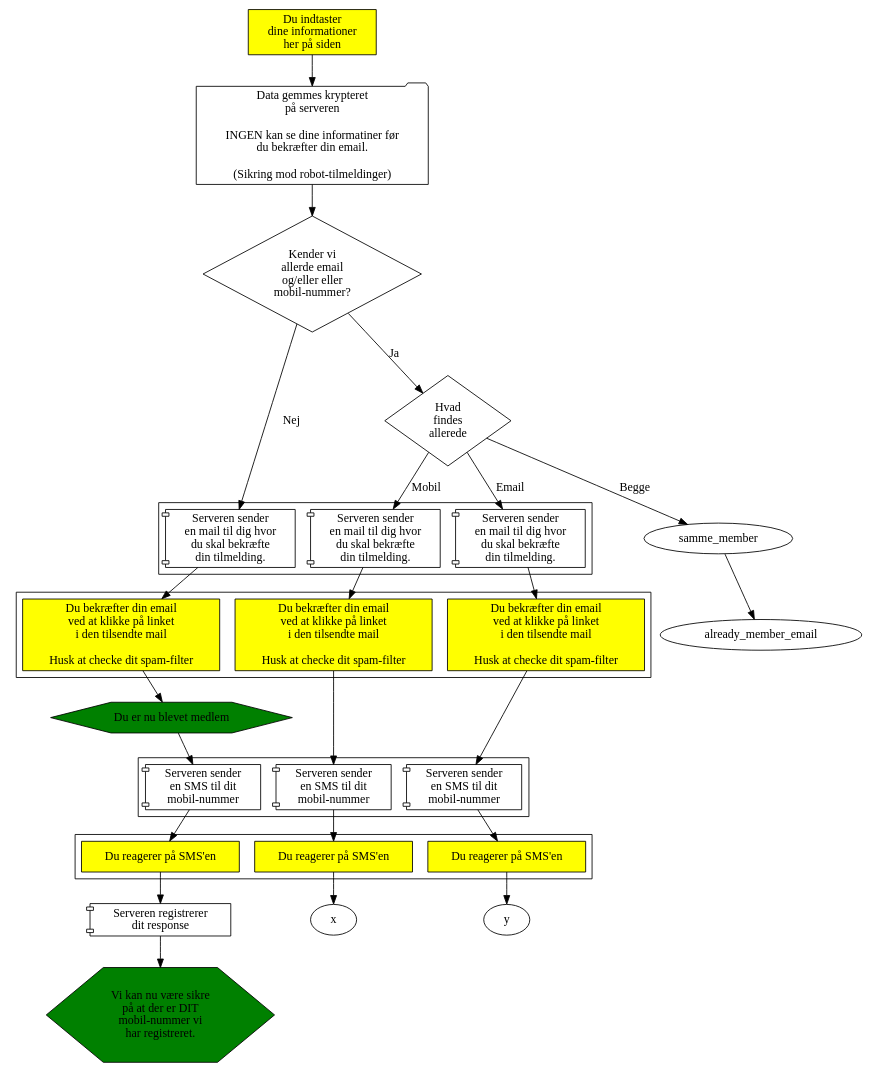
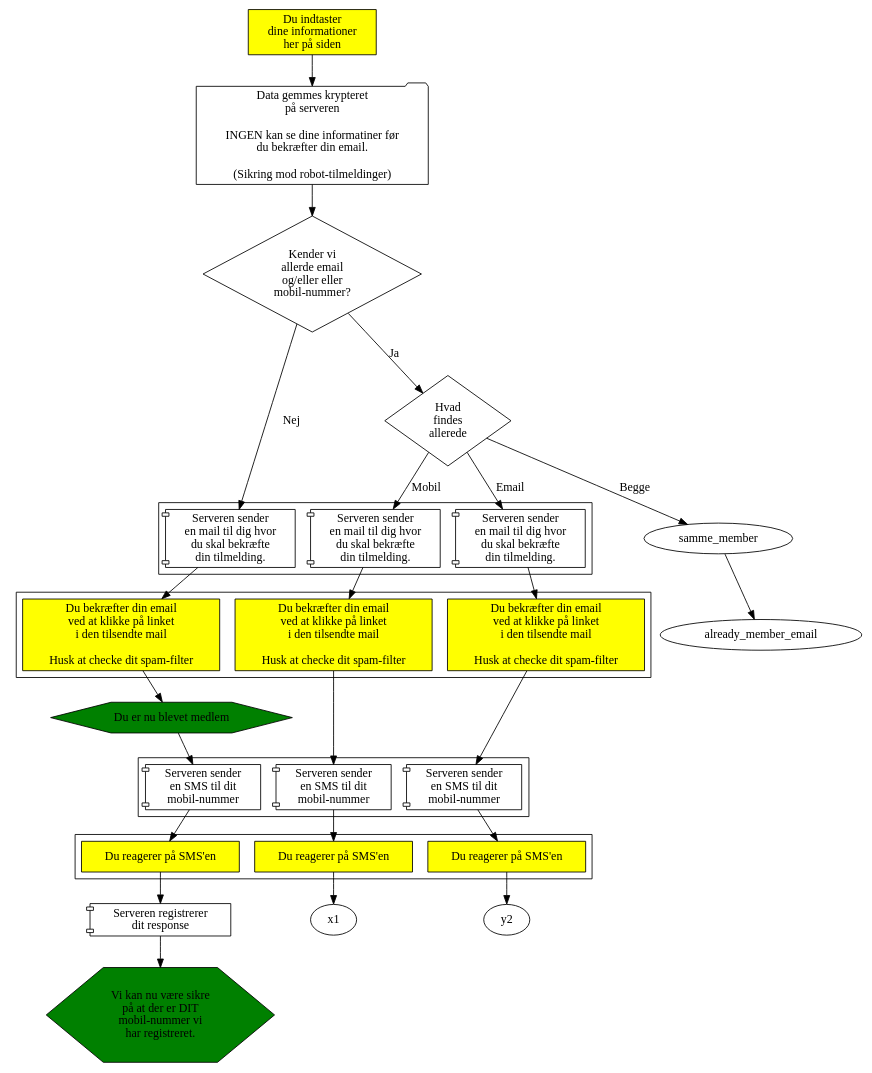
The diagram in medlemskab/indmeldelse.dot (alslug/alslug.dk), drawn with Graphviz before and after one commit.

```diff
--- a/medlemskab/indmeldelse.dot
+++ b/medlemskab/indmeldelse.dot
@@ -1,56 +1,59 @@
 digraph indmeldelse {
   { # Dine handlinger
     node [ shape=box style=filled fillcolor=yellow ];
     indtast                [label="Du indtaster\ndine informationer\nher på siden"];
     subgraph cluster_server_sender_email {
-      node          [label="Du bekræfter din email\nved at klikke på linket\ni den tilsendte mail\n\nHusk at checke dit spam-filter"];
+      node                 [label="Du bekræfter din email\nved at klikke på linket\ni den tilsendte mail\n\nHusk at checke dit spam-filter"];
       confirm_email_nyt_medlem;
       confirm_email_add_email;
       confirm_email_add_mobil;
     }
     subgraph cluster_server_sender_sms {
-      node            [label="Du reagerer på SMS'en"];
+      node                 [label="Du reagerer på SMS'en"];
       confirm_sms_nyt_medlem;
       confirm_sms_add_email;
       confirm_sms_add_mobil;
     }
   }
   send_tilmelding        [shape=folder label="Data gemmes krypteret\npå serveren\n\nINGEN kan se dine informatiner før\ndu bekræfter din email.\n\n(Sikring mod robot-tilmeldinger)"];
   { # Server-aktiviteter
     node [shape=component];
     subgraph cluster_server_sender_email {
-      node [label="Serveren sender\nen mail til dig hvor\ndu skal bekræfte\ndin tilmelding."];
+      node                 [label="Serveren sender\nen mail til dig hvor\ndu skal bekræfte\ndin tilmelding."];
       server_sender_emai_nyt_medlem;
       server_sender_email_add_email;
       server_sender_email_add_mobil;
     }
     subgraph cluster_server_sender_sms {
-      node      [label="Serveren sender\nen SMS til dit\nmobil-nummer"];
+      node                 [label="Serveren sender\nen SMS til dit\nmobil-nummer"];
       server_sender_sms_nyt_medlem;
       server_sender_sms_add_email;
       server_sender_sms_add_mobil;
     }
     sms_confirmed          [label="Serveren registrerer\ndit response"];
   }
   { # Results
     node [shape=hexagon   style=filled fillcolor=green ];
-    du_biver_medlem  [label="Du er nu blevet medlem"];
-    mobile_ok        [label="Vi kan nu være sikre\npå at der er DIT\nmobil-nummer vi\nhar registreret."]; 
+    du_biver_medlem        [label="Du er nu blevet medlem"];
+    mobile_ok              [label="Vi kan nu være sikre\npå at der er DIT\nmobil-nummer vi\nhar registreret."]; 
   }
   { # Valg
     node [shape=diamond];
     findes_allerede        [label="Kender vi\nallerde email\nog/eller eller\nmobil-nummer?"];
     hvad_findes_allerede   [label="Hvad\nfindes\nallerede"];
   }
 
   indtast -> send_tilmelding -> findes_allerede;
-                                findes_allerede -> server_sender_emai_nyt_medlem [label="Nej"];
-                                                   server_sender_emai_nyt_medlem -> confirm_email_nyt_medlem -> du_biver_medlem -> server_sender_sms_nyt_medlem -> confirm_sms_nyt_medlem -> sms_confirmed -> mobile_ok;
-                                findes_allerede -> hvad_findes_allerede   [label="Ja"];
-                                                   hvad_findes_allerede-> samme_member         [label="Begge"];
+                                findes_allerede ->                              server_sender_emai_nyt_medlem [label="Nej"];
+                                                                                server_sender_emai_nyt_medlem -> confirm_email_nyt_medlem -> du_biver_medlem ->
+                                                                                server_sender_sms_nyt_medlem  -> confirm_sms_nyt_medlem   -> sms_confirmed -> mobile_ok;
+                                findes_allerede -> hvad_findes_allerede                                       [label="Ja"];
+                                                   hvad_findes_allerede-> samme_member                        [label="Begge"];
                                                                           samme_member -> already_member_email;
-                                                   hvad_findes_allerede -> server_sender_email_add_email [label="Mobil"];
-                                                                           server_sender_email_add_email  -> confirm_email_add_email -> server_sender_sms_add_email -> confirm_sms_add_email -> x;
-                                                   hvad_findes_allerede -> server_sender_email_add_mobil [label="Email"];
-                                                                           server_sender_email_add_mobil  -> confirm_email_add_mobil -> server_sender_sms_add_mobil -> confirm_sms_add_mobil -> y;
+                                                   hvad_findes_allerede -> server_sender_email_add_email      [label="Mobil"];
+                                                                                server_sender_email_add_email -> confirm_email_add_email  ->
+                                                                                server_sender_sms_add_email   -> confirm_sms_add_email    -> x1;
+                                                   hvad_findes_allerede ->      server_sender_email_add_mobil [label="Email"];
+                                                                                server_sender_email_add_mobil -> confirm_email_add_mobil  ->
+                                                                                server_sender_sms_add_mobil   -> confirm_sms_add_mobil    -> y2;
 }
```
